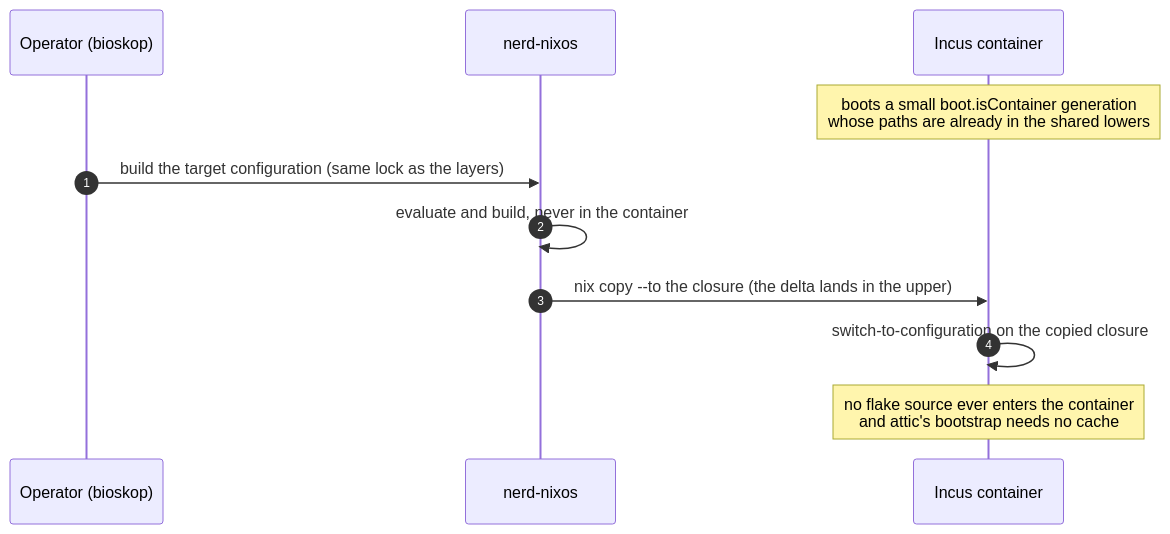
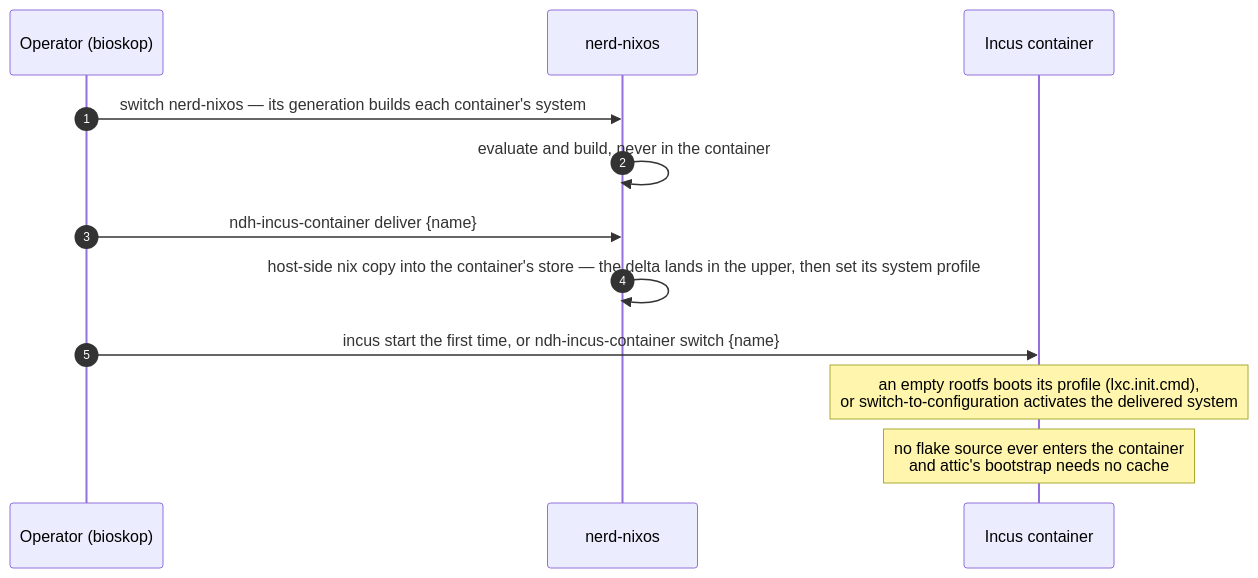
The ninth of 11 diagrams in docs/private-binary-cache-spec.adoc (seedmatic/ndh), drawn with Mermaid before and after one commit. The commit also changed other lines of this file and 6 other files, not shown here.

First line of the commit message:
feat(incus): NixOS containers whose store is an overlay on the EROFS layers

```diff
--- a/docs/private-binary-cache-spec.adoc
+++ b/docs/private-binary-cache-spec.adoc
@@ -1274,14 +1328,15 @@
 [mermaid]
 ....
 sequenceDiagram
   autonumber
   participant Op as Operator (bioskop)
   participant NN as nerd-nixos
   participant C as Incus container
-  Note over C: boots a small boot.isContainer generation<br/>whose paths are already in the shared lowers
-  Op->>NN: build the target configuration (same lock as the layers)
+  Op->>NN: switch nerd-nixos — its generation builds each container's system
   NN->>NN: evaluate and build, never in the container
-  NN->>C: nix copy --to the closure (the delta lands in the upper)
-  C->>C: switch-to-configuration on the copied closure
+  Op->>NN: ndh-incus-container deliver {name}
+  NN->>NN: host-side nix copy into the container's store — the delta lands in the upper, then set its system profile
+  Op->>C: incus start the first time, or ndh-incus-container switch {name}
+  Note over C: an empty rootfs boots its profile (lxc.init.cmd),<br/>or switch-to-configuration activates the delivered system
   Note over C: no flake source ever enters the container<br/>and attic's bootstrap needs no cache
 ....
```
